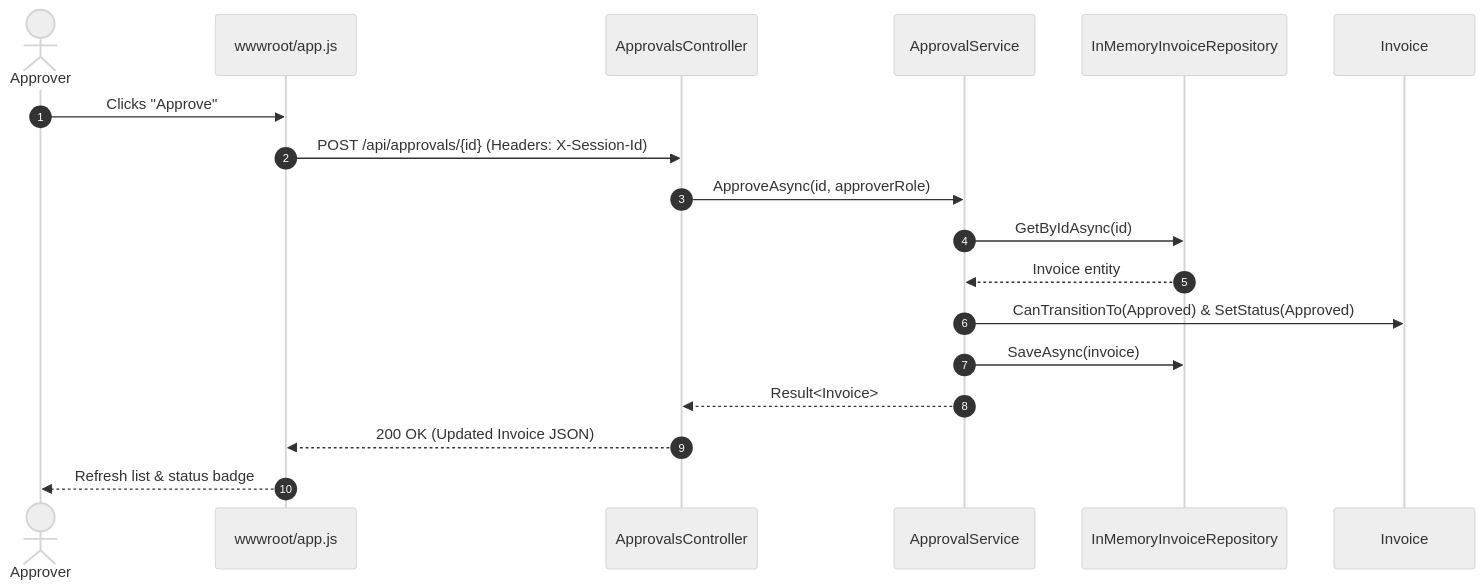
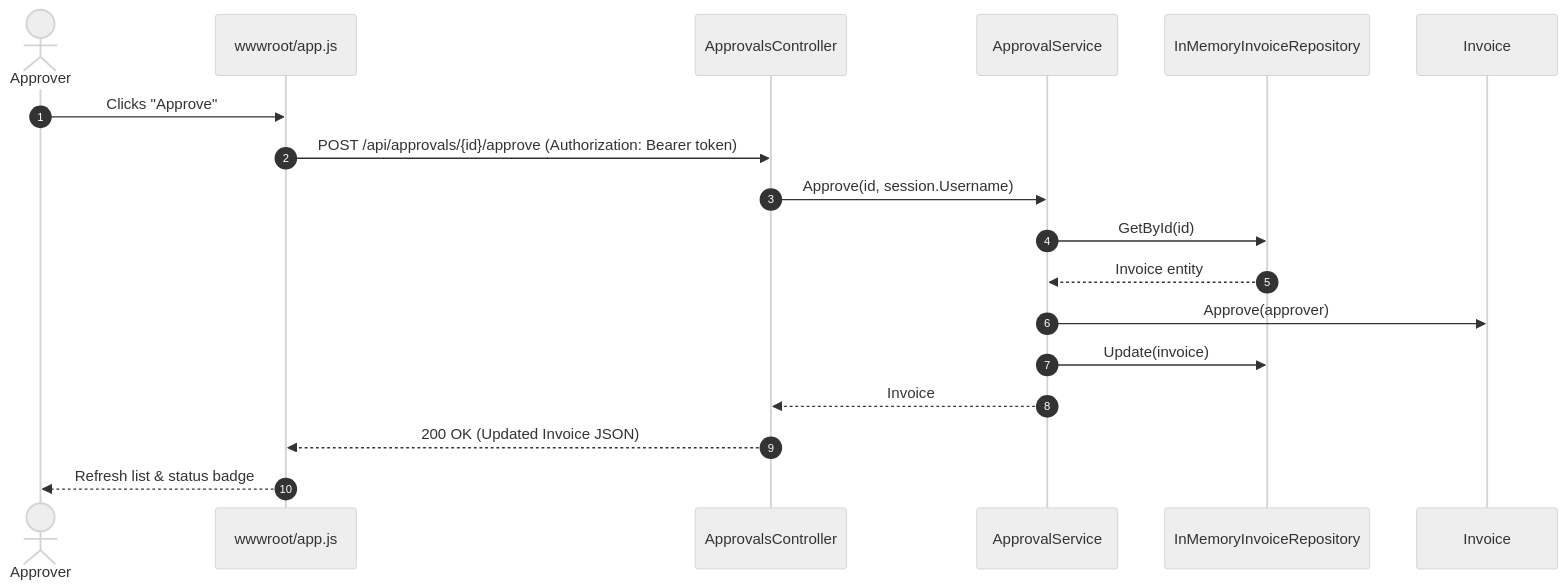
The second of 3 diagrams in docs/architecture/as-built-and-target-diagrams.md (iamtheashish480/Ashish_3162696), drawn with Mermaid (neutral theme) before and after one commit. The commit also changed other lines of this file and 6 other files, not shown here.

````diff
--- a/docs/architecture/as-built-and-target-diagrams.md
+++ b/docs/architecture/as-built-and-target-diagrams.md
@@ -58,21 +60,21 @@
 ```mermaid
 sequenceDiagram
     autonumber
     actor User as Approver
     participant UI as wwwroot/app.js
     participant Ctrl as ApprovalsController
     participant Svc as ApprovalService
     participant Repo as InMemoryInvoiceRepository
     participant Model as Invoice
 
     User->>UI: Clicks "Approve"
-    UI->>Ctrl: POST /api/approvals/{id} (Headers: X-Session-Id)
-    Ctrl->>Svc: ApproveAsync(id, approverRole)
-    Svc->>Repo: GetByIdAsync(id)
+    UI->>Ctrl: POST /api/approvals/{id}/approve (Authorization: Bearer token)
+    Ctrl->>Svc: Approve(id, session.Username)
+    Svc->>Repo: GetById(id)
     Repo-->>Svc: Invoice entity
-    Svc->>Model: CanTransitionTo(Approved) & SetStatus(Approved)
-    Svc->>Repo: SaveAsync(invoice)
-    Svc-->>Ctrl: Result<Invoice>
+    Svc->>Model: Approve(approver)
+    Svc->>Repo: Update(invoice)
+    Svc-->>Ctrl: Invoice
     Ctrl-->>UI: 200 OK (Updated Invoice JSON)
     UI-->>User: Refresh list & status badge
 ```
````
